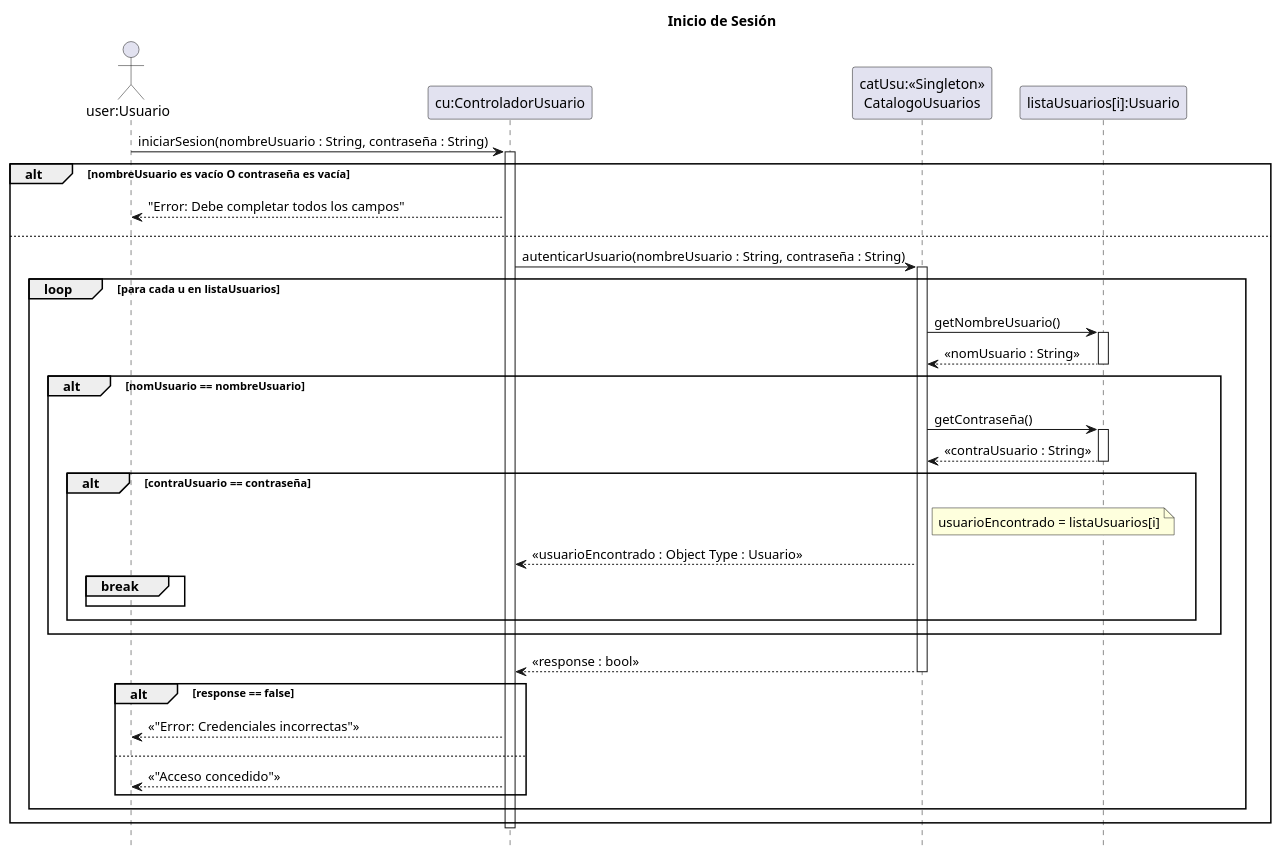
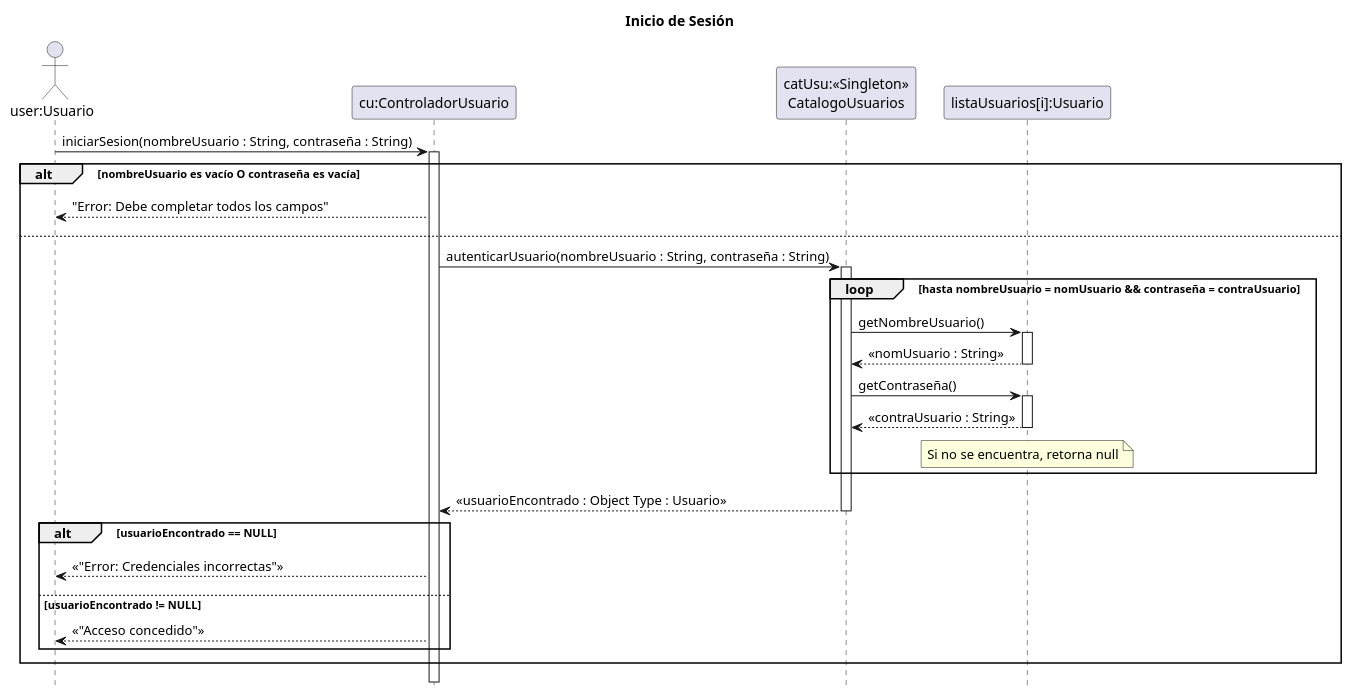
The diagram in 08 - Diagramas de Secuencia de Diseño/InicioSesión/InicioSesion.puml (zEzequR/PF-I), drawn with PlantUML before and after one commit. The commit also changed 18 other files, not shown here.

```diff
--- a/08 - Diagramas de Secuencia de Diseño/InicioSesión/InicioSesion.puml
+++ b/08 - Diagramas de Secuencia de Diseño/InicioSesión/InicioSesion.puml
@@ -1,61 +1,47 @@
 @startuml
 !pragma teoz true
 hide footbox
 title Inicio de Sesión
 
 actor "user:Usuario" as user
 participant "cu:ControladorUsuario" as cu
 participant "catUsu:<<Singleton>>\nCatalogoUsuarios" as catUsu
 participant "listaUsuarios[i]:Usuario" as arrayUsu
 
 user -> cu : iniciarSesion(nombreUsuario : String, contraseña : String)
 activate cu
 
 alt nombreUsuario es vacío O contraseña es vacía
     cu --> user : "Error: Debe completar todos los campos"
 else
     ' El controlador delega la búsqueda al catálogo usando el método definido en V5.1
     
     cu -> catUsu : autenticarUsuario(nombreUsuario : String, contraseña : String)
     activate catUsu
 
-    loop para cada u en listaUsuarios
-        ' 1. Pedimos el nombre al objeto en la posición i
+    loop hasta nombreUsuario = nomUsuario && contraseña = contraUsuario
         catUsu -> arrayUsu : getNombreUsuario()
         activate arrayUsu
         arrayUsu --> catUsu : <<nomUsuario : String>>
         deactivate arrayUsu
-        
-        ' 2. Comparamos nombres
-        alt nomUsuario == nombreUsuario
-            ' 3. Si el nombre coincide, pedimos la contraseña
-            catUsu -> arrayUsu : getContraseña()
-            activate arrayUsu
-            arrayUsu --> catUsu : <<contraUsuario : String>>
-            deactivate arrayUsu
-            
-            alt contraUsuario == contraseña
-                note right of catUsu
-                    usuarioEncontrado = listaUsuarios[i]
-                end note
-                ' Si todo coincide, retornamos el usuario y cortamos
-                catUsu --> cu : <<usuarioEncontrado : Object Type : Usuario>>
-                break
-            end
-        end
+        catUsu -> arrayUsu : getContraseña()
+        activate arrayUsu
+        arrayUsu --> catUsu : <<contraUsuario : String>>
+        deactivate arrayUsu
+        note over of arrayUsu: Si no se encuentra, retorna null
     end
     
-    catUsu --> cu : <<response : bool>>
+    catUsu --> cu : <<usuarioEncontrado : Object Type : Usuario>>
     deactivate catUsu
     
-    alt response == false
+    alt usuarioEncontrado == NULL
         ' Camino Alternativo 3.a (Credenciales incorrectas)
         cu --> user : <<"Error: Credenciales incorrectas">>
-    else
+    else usuarioEncontrado != NULL
         ' Escenario de Éxito: Acceso concedido
         cu --> user : <<"Acceso concedido">>
     end
 end
 
 deactivate cu
 @enduml
```
